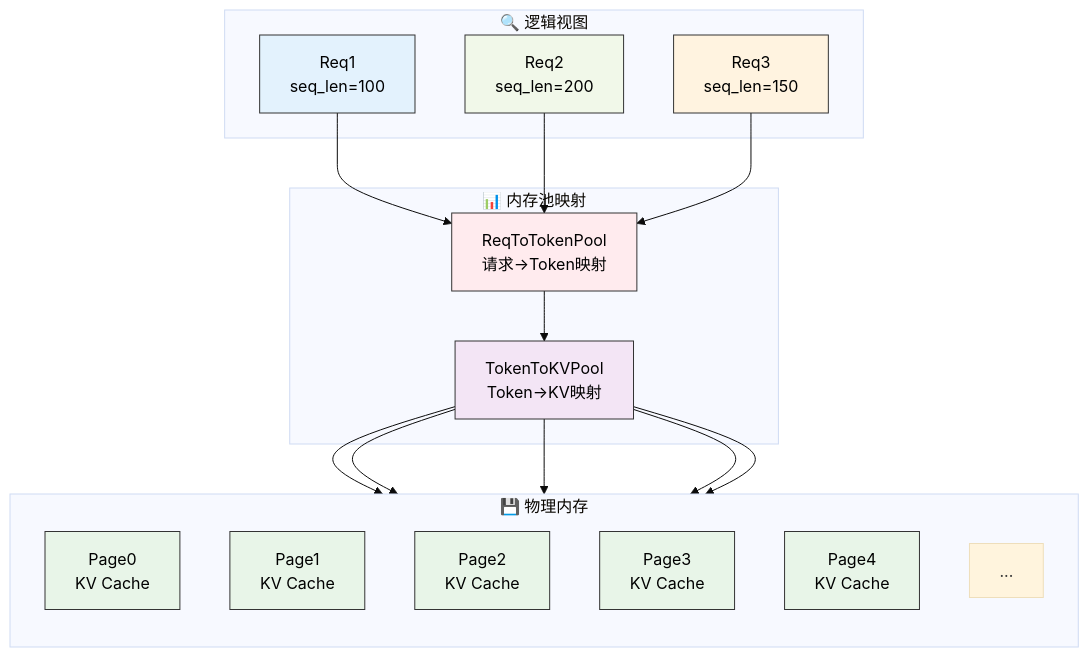
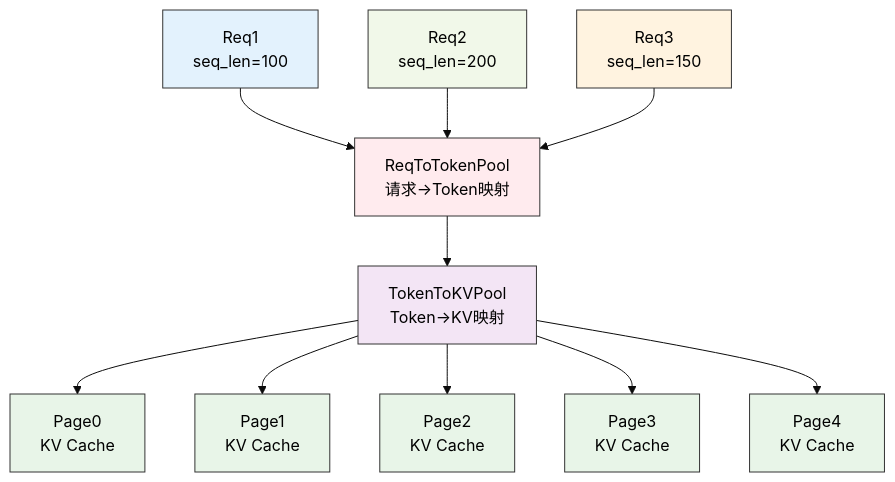
The third of 6 diagrams in SGLang开发者技术文档/01-调度器/04-批处理调度策略.md (JRChen0927/sglang), drawn with Mermaid (base theme) before and after one commit. The commit also changed other lines of this file, not shown here.

````diff
--- a/SGLang开发者技术文档/01-调度器/04-批处理调度策略.md
+++ b/SGLang开发者技术文档/01-调度器/04-批处理调度策略.md
@@ -137,45 +137,37 @@
 ```mermaid
 graph TD
-    subgraph "🔍 逻辑视图"
-        R1["Req1<br/>seq_len=100"]
-        R2["Req2<br/>seq_len=200"] 
-        R3["Req3<br/>seq_len=150"]
-    end
-
-    subgraph "📊 内存池映射"
-        RTT["ReqToTokenPool<br/>请求→Token映射"]
-        TKV["TokenToKVPool<br/>Token→KV映射"]
-    end
-
-    subgraph "💾 物理内存"
-        direction TB
-        P1["Page0<br/>KV Cache"]
-        P2["Page1<br/>KV Cache"]
-        P3["Page2<br/>KV Cache"]
-        P4["Page3<br/>KV Cache"]
-        P5["Page4<br/>KV Cache"]
-        P6["..."]
-    end
+    R1["Req1<br/>seq_len=100"]
+    R2["Req2<br/>seq_len=200"] 
+    R3["Req3<br/>seq_len=150"]
+    
+    RTT["ReqToTokenPool<br/>请求→Token映射"]
+    TKV["TokenToKVPool<br/>Token→KV映射"]
+    
+    P1["Page0<br/>KV Cache"]
+    P2["Page1<br/>KV Cache"]
+    P3["Page2<br/>KV Cache"]
+    P4["Page3<br/>KV Cache"]
+    P5["Page4<br/>KV Cache"]
 
     R1 --> RTT
     R2 --> RTT  
     R3 --> RTT
     RTT --> TKV
     
     TKV --> P1
     TKV --> P2
     TKV --> P3
     TKV --> P4
     TKV --> P5
 
     style R1 fill:#e3f2fd,color:#000000,stroke:#333
     style R2 fill:#f1f8e9,color:#000000,stroke:#333
     style R3 fill:#fff3e0,color:#000000,stroke:#333
     style RTT fill:#ffebee,color:#000000,stroke:#333
     style TKV fill:#f3e5f5,color:#000000,stroke:#333
     style P1 fill:#e8f5e8,color:#000000,stroke:#333
     style P2 fill:#e8f5e8,color:#000000,stroke:#333
     style P3 fill:#e8f5e8,color:#000000,stroke:#333
     style P4 fill:#e8f5e8,color:#000000,stroke:#333
     style P5 fill:#e8f5e8,color:#000000,stroke:#333
 ```
````
